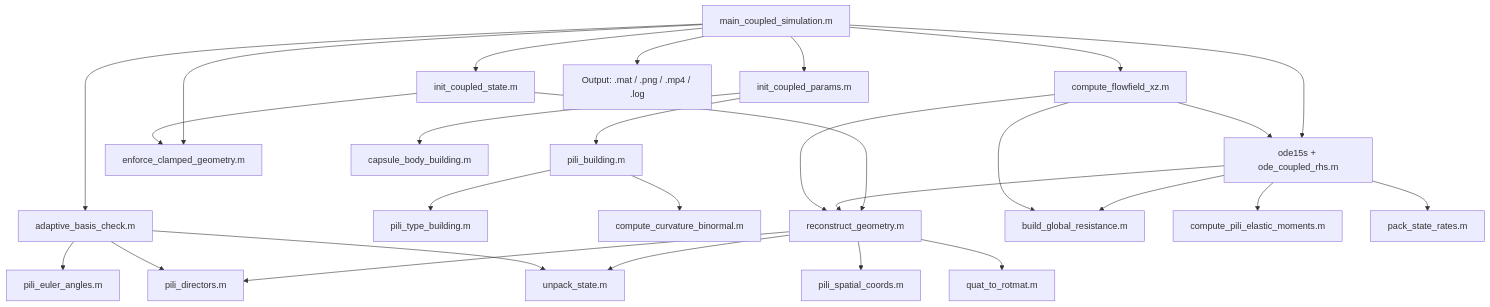
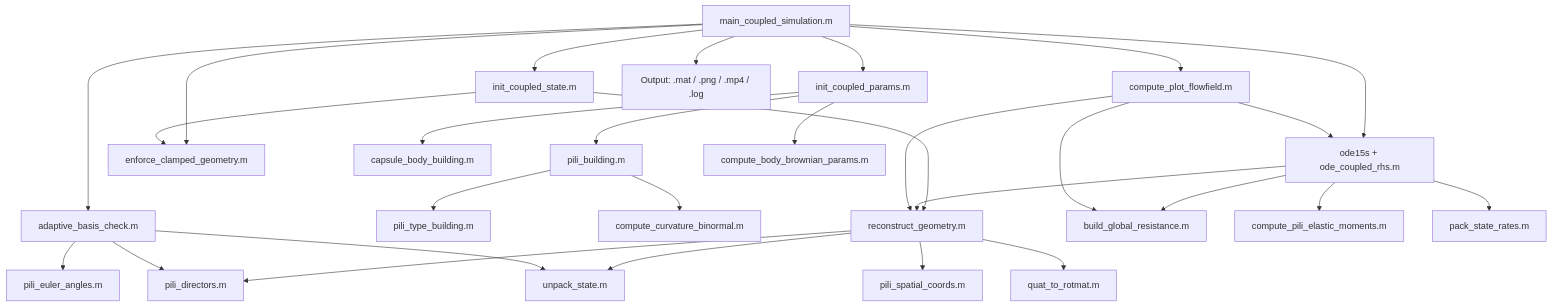
The diagram in README.md (Lucien-6/Bacteria_Elastohydrodynamic_Simulation), drawn with Mermaid before and after one commit. The commit also changed other lines of this file and 5 other files, not shown here.

````diff
--- a/README.md
+++ b/README.md
@@ -126,36 +132,37 @@
 ```mermaid
 graph TD
     A[main_coupled_simulation.m] --> B[init_coupled_params.m]
     A --> C[init_coupled_state.m]
     A --> D[ode15s + ode_coupled_rhs.m]
     A --> E[adaptive_basis_check.m]
     A --> F[enforce_clamped_geometry.m]
-    A --> V[compute_flowfield_xz.m]
+    A --> V[compute_plot_flowfield.m]
     A --> G[Output: .mat / .png / .mp4 / .log]
 
     B --> H[capsule_body_building.m]
     B --> I[pili_building.m]
+    B --> W[compute_body_brownian_params.m]
     I --> J[pili_type_building.m]
     I --> K[compute_curvature_binormal.m]
 
     C --> L[reconstruct_geometry.m]
     C --> F
 
     D --> L
     D --> M[build_global_resistance.m]
     D --> N[compute_pili_elastic_moments.m]
     D --> P[pack_state_rates.m]
 
     V --> L
     V --> D
     V --> M
 
     L --> Q[pili_directors.m]
     L --> R[pili_spatial_coords.m]
     L --> S[unpack_state.m]
     L --> T[quat_to_rotmat.m]
 
     E --> Q
     E --> U[pili_euler_angles.m]
     E --> S
 ```
````
